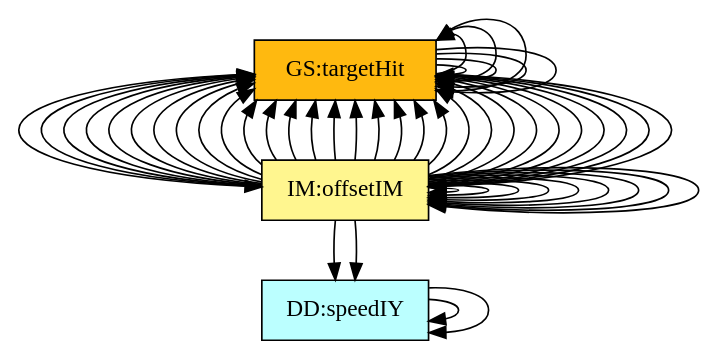
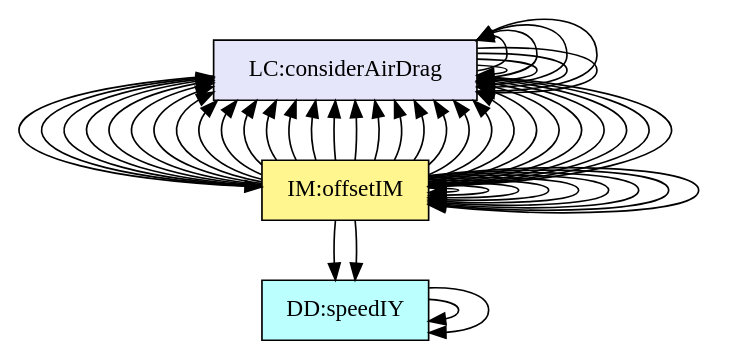
One commit to JacquesCarette/Drasil changed the diagram in code/stable/projectile/TraceyGraph/allvsall.dot. Above: the diagram before and after it, drawn with Graphviz. The commit also changed 12 other files, not shown here.

```diff
--- a/code/stable/projectile/TraceyGraph/allvsall.dot
+++ b/code/stable/projectile/TraceyGraph/allvsall.dot
@@ -1,134 +1,142 @@
 digraph allvsall {
 	instance:cartSyst -> instance:neglectCurv;
 	instance:targetXAxis -> instance:neglectCurv;
 	instance:constAccel -> instance:accelXZero;
 	instance:constAccel -> instance:accelYGravity;
 	instance:constAccel -> instance:neglectDrag;
 	instance:constAccel -> instance:freeFlight;
 	instance:accelYGravity -> instance:yAxisGravity;
 	dataDefn:ixVel -> dataDefn:speed;
 	dataDefn:iyVel -> dataDefn:speed;
 	theory:projSpeed -> instance:pointMass;
 	theory:projSpeed -> instance:timeStartZero;
 	theory:projSpeed -> theory:accelerationTM;
 	theory:projPos -> instance:pointMass;
 	theory:projPos -> instance:timeStartZero;
 	theory:projPos -> theory:velocityTM;
 	theory:projPos -> theory:projSpeed;
 	theory:velocity -> instance:twoDMotion;
 	theory:velocity -> instance:cartSyst;
 	theory:velocity -> instance:constAccel;
 	theory:velocity -> instance:timeStartZero;
 	theory:velocity -> theory:projSpeed;
 	theory:position -> instance:twoDMotion;
 	theory:position -> instance:cartSyst;
 	theory:position -> instance:constAccel;
 	theory:position -> instance:timeStartZero;
 	theory:position -> theory:projPos;
 	theory:flightduration -> instance:yAxisGravity;
 	theory:flightduration -> instance:launchOrigin;
 	theory:flightduration -> instance:targetXAxis;
 	theory:flightduration -> instance:posXDirection;
 	theory:flightduration -> instance:accelYGravity;
 	theory:flightduration -> instance:timeStartZero;
 	theory:flightduration -> instance:gravAccelValue;
 	theory:flightduration -> dataDefn:iyVel;
 	theory:flightduration -> theory:position;
 	theory:landingposition -> instance:yAxisGravity;
 	theory:landingposition -> instance:launchOrigin;
 	theory:landingposition -> instance:posXDirection;
 	theory:landingposition -> instance:accelXZero;
 	theory:landingposition -> instance:gravAccelValue;
 	theory:landingposition -> dataDefn:ixVel;
 	theory:landingposition -> theory:position;
 	theory:landingposition -> theory:flightduration;
 	theory:offset -> instance:posXDirection;
 	theory:offset -> theory:landingposition;
 	instance:calcValues -> theory:flightduration;
 	instance:calcValues -> theory:landingposition;
 	instance:calcValues -> theory:offset;
 	instance:outputValues -> theory:flightduration;
 	instance:outputValues -> theory:offset;
+	instance:considerAirDrag -> instance:neglectDrag;
 
 
 	instance:twoDMotion	[shape=box, color=black, style=filled, fillcolor=mistyrose, label="A:twoDMotion"];
 	instance:cartSyst	[shape=box, color=black, style=filled, fillcolor=mistyrose, label="A:cartSyst"];
 	instance:yAxisGravity	[shape=box, color=black, style=filled, fillcolor=mistyrose, label="A:yAxisGravity"];
 	instance:launchOrigin	[shape=box, color=black, style=filled, fillcolor=mistyrose, label="A:launchOrigin"];
 	instance:targetXAxis	[shape=box, color=black, style=filled, fillcolor=mistyrose, label="A:targetXAxis"];
 	instance:posXDirection	[shape=box, color=black, style=filled, fillcolor=mistyrose, label="A:posXDirection"];
 	instance:constAccel	[shape=box, color=black, style=filled, fillcolor=mistyrose, label="A:constAccel"];
 	instance:accelXZero	[shape=box, color=black, style=filled, fillcolor=mistyrose, label="A:accelXZero"];
 	instance:accelYGravity	[shape=box, color=black, style=filled, fillcolor=mistyrose, label="A:accelYGravity"];
 	instance:neglectDrag	[shape=box, color=black, style=filled, fillcolor=mistyrose, label="A:neglectDrag"];
 	instance:pointMass	[shape=box, color=black, style=filled, fillcolor=mistyrose, label="A:pointMass"];
 	instance:freeFlight	[shape=box, color=black, style=filled, fillcolor=mistyrose, label="A:freeFlight"];
 	instance:neglectCurv	[shape=box, color=black, style=filled, fillcolor=mistyrose, label="A:neglectCurv"];
 	instance:timeStartZero	[shape=box, color=black, style=filled, fillcolor=mistyrose, label="A:timeStartZero"];
 	instance:gravAccelValue	[shape=box, color=black, style=filled, fillcolor=mistyrose, label="A:gravAccelValue"];
 
 	subgraph A {
 	rank="same"
 	{instance:twoDMotion, instance:cartSyst, instance:yAxisGravity, instance:launchOrigin, instance:targetXAxis, instance:posXDirection, instance:constAccel, instance:accelXZero, instance:accelYGravity, instance:neglectDrag, instance:pointMass, instance:freeFlight, instance:neglectCurv, instance:timeStartZero, instance:gravAccelValue}
 	}
 
 	dataDefn:speed	[shape=box, color=black, style=filled, fillcolor=paleturquoise1, label="DD:vecMag"];
 	dataDefn:ixVel	[shape=box, color=black, style=filled, fillcolor=paleturquoise1, label="DD:speedIX"];
 	dataDefn:iyVel	[shape=box, color=black, style=filled, fillcolor=paleturquoise1, label="DD:speedIY"];
 
 	subgraph DD {
 	rank="same"
 	{dataDefn:speed, dataDefn:ixVel, dataDefn:iyVel}
 	}
 
 	theory:accelerationTM	[shape=box, color=black, style=filled, fillcolor=pink, label="TM:acceleration"];
 	theory:velocityTM	[shape=box, color=black, style=filled, fillcolor=pink, label="TM:velocity"];
 
 	subgraph TM {
 	rank="same"
 	{theory:accelerationTM, theory:velocityTM}
 	}
 
 	theory:projSpeed	[shape=box, color=black, style=filled, fillcolor=palegreen, label="GD:rectVel"];
 	theory:projPos	[shape=box, color=black, style=filled, fillcolor=palegreen, label="GD:rectPos"];
 	theory:velocity	[shape=box, color=black, style=filled, fillcolor=palegreen, label="GD:velVec"];
 	theory:position	[shape=box, color=black, style=filled, fillcolor=palegreen, label="GD:posVec"];
 
 	subgraph GD {
 	rank="same"
 	{theory:projSpeed, theory:projPos, theory:velocity, theory:position}
 	}
 
 	theory:flightduration	[shape=box, color=black, style=filled, fillcolor=khaki1, label="IM:calOfLandingTime"];
 	theory:landingposition	[shape=box, color=black, style=filled, fillcolor=khaki1, label="IM:calOfLandingDist"];
 	theory:offset	[shape=box, color=black, style=filled, fillcolor=khaki1, label="IM:offsetIM"];
 
 	subgraph IM {
 	rank="same"
 	{theory:flightduration, theory:landingposition, theory:offset}
 	}
 
 	instance:inputValues	[shape=box, color=black, style=filled, fillcolor=ivory, label="FR:inputValues"];
 	instance:verifyInVals	[shape=box, color=black, style=filled, fillcolor=ivory, label="FR:verifyInVals"];
 	instance:calcValues	[shape=box, color=black, style=filled, fillcolor=ivory, label="FR:calcValues"];
 	instance:outputValues	[shape=box, color=black, style=filled, fillcolor=ivory, label="FR:outputValues"];
 	instance:correct	[shape=box, color=black, style=filled, fillcolor=ivory, label="NFR:correct"];
 	instance:verifiable	[shape=box, color=black, style=filled, fillcolor=ivory, label="NFR:verifiable"];
 	instance:understandable	[shape=box, color=black, style=filled, fillcolor=ivory, label="NFR:understandable"];
 	instance:reusable	[shape=box, color=black, style=filled, fillcolor=ivory, label="NFR:reusable"];
 	instance:maintainable	[shape=box, color=black, style=filled, fillcolor=ivory, label="NFR:maintainable"];
 	instance:portable	[shape=box, color=black, style=filled, fillcolor=ivory, label="NFR:portable"];
 
 	subgraph FR {
 	rank="same"
 	{instance:inputValues, instance:verifyInVals, instance:calcValues, instance:outputValues, instance:correct, instance:verifiable, instance:understandable, instance:reusable, instance:maintainable, instance:portable}
 	}
 
 	instance:targetHit	[shape=box, color=black, style=filled, fillcolor=darkgoldenrod1, label="GS:targetHit"];
 
 	subgraph GS {
 	rank="same"
 	{instance:targetHit}
 	}
 
+	instance:considerAirDrag	[shape=box, color=black, style=filled, fillcolor=lavender, label="LC:considerAirDrag"];
+
+	subgraph LC {
+	rank="same"
+	{instance:considerAirDrag}
+	}
+
 }
```
